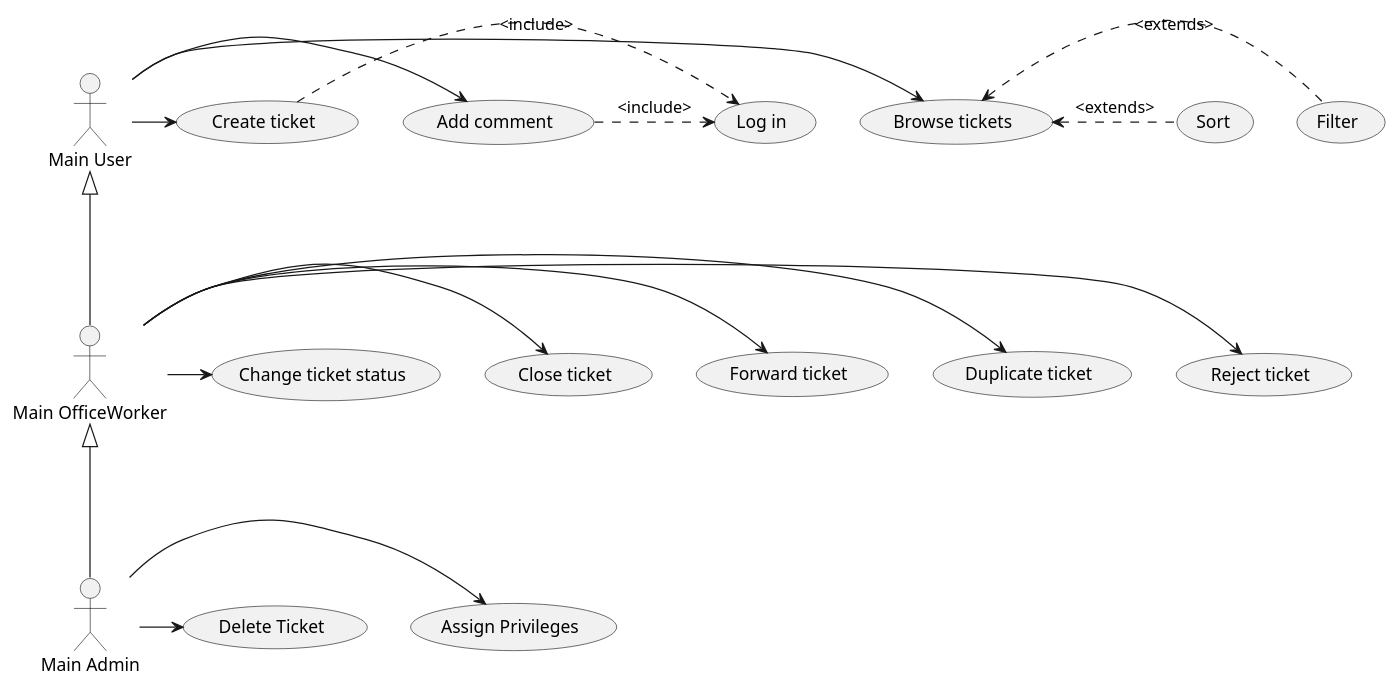
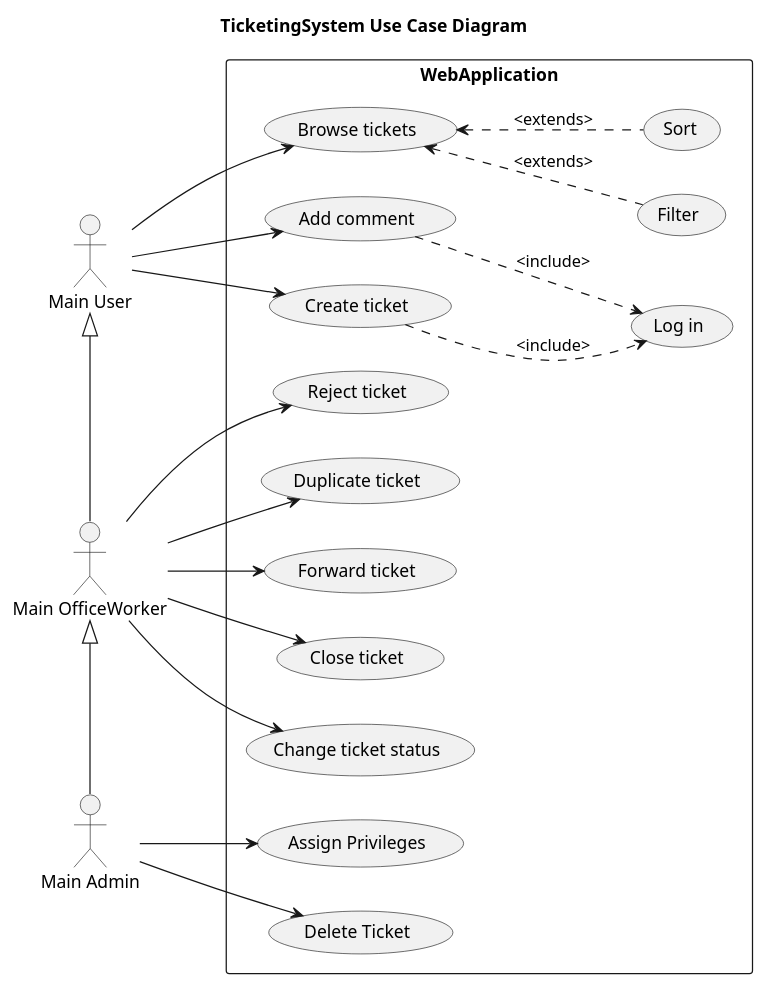
Before and after one commit to ProjectManiacc/TicketingSystem: the diagram in TIcketingSystem.puml, drawn with PlantUML.

Commit message:
Completed use case diagram

```diff
--- a/TIcketingSystem.puml
+++ b/TIcketingSystem.puml
@@ -1,36 +1,39 @@
 @startuml
+title TicketingSystem Use Case Diagram
+left to right direction
 'https://plantuml.com/use-case-diagram
 
 :Main Admin: as Admin
 :Main OfficeWorker: as OfficeWorker
 :Main User: as User
 
-User <|--- OfficeWorker
-OfficeWorker <|--- Admin
+User <|- OfficeWorker
+OfficeWorker <|- Admin
 
 
+rectangle WebApplication {
 OfficeWorker -> (Reject ticket)
 OfficeWorker -> (Duplicate ticket)
 OfficeWorker -> (Forward ticket)
 OfficeWorker -> (Close ticket)
 OfficeWorker -> (Change ticket status)
 
 
 
-User -> (Browse tickets)
-User -> (Add comment)
-User -> (Create ticket)
+User --> (Browse tickets)
+User --> (Add comment)
+User --> (Create ticket)
 
-(Browse tickets) <. (Filter): <extends>
-(Browse tickets) <. (Sort): <extends>
-(Create ticket) .> (Log in): <include>
-(Add comment) .> (Log in): <include>
+(Browse tickets) <.. (Filter): <extends>
+(Browse tickets) <.. (Sort): <extends>
+(Create ticket) ..> (Log in): <include>
+(Add comment) ..> (Log in): <include>
 
 
-Admin -> (Assign Privileges)
-Admin -> (Delete Ticket)
+Admin --> (Assign Privileges)
+Admin --> (Delete Ticket)
 
-
+}
 
 
 @enduml
```
